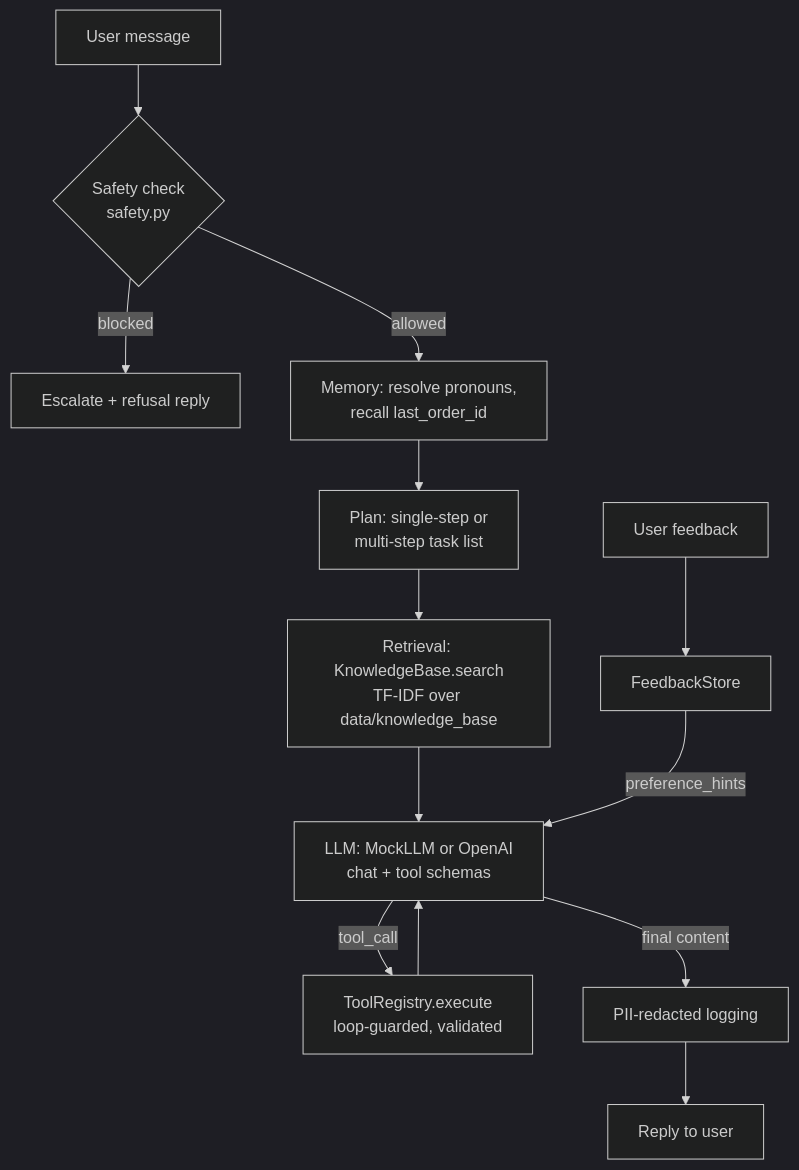
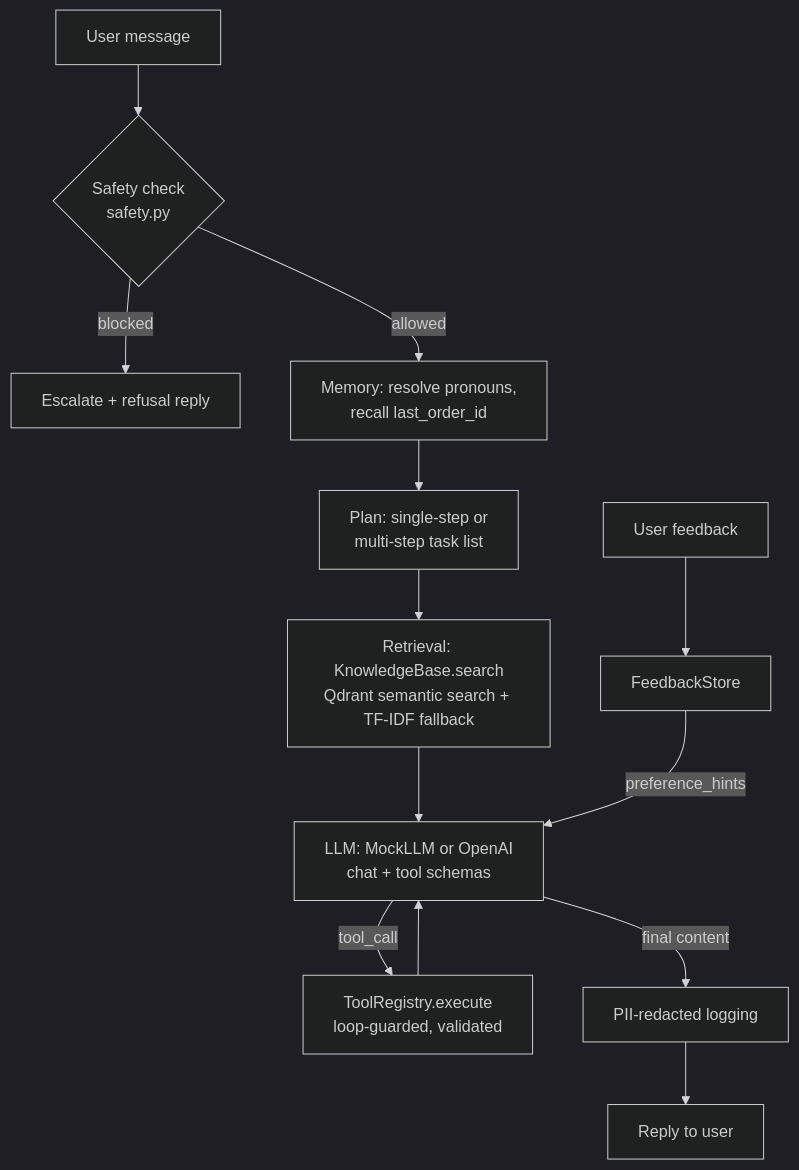
The diagram in capstone_project/docs/04_engineering_justification.md (Ramki2018/CustomerSupportAgent), drawn with Mermaid (dark theme) before and after one commit. The commit also changed other lines of this file and 25 other files, not shown here.

````diff
--- a/capstone_project/docs/04_engineering_justification.md
+++ b/capstone_project/docs/04_engineering_justification.md
@@ -20,15 +20,15 @@
 ```mermaid
 flowchart TD
     U[User message] --> S{Safety check<br/>safety.py}
     S -- blocked --> ESC[Escalate + refusal reply]
     S -- allowed --> M[Memory: resolve pronouns,<br/>recall last_order_id]
     M --> P[Plan: single-step or<br/>multi-step task list]
-    P --> R[Retrieval: KnowledgeBase.search<br/>TF-IDF over data/knowledge_base]
+    P --> R[Retrieval: KnowledgeBase.search<br/>Qdrant semantic search + TF-IDF fallback]
     R --> L[LLM: MockLLM or OpenAI<br/>chat + tool schemas]
     L -- tool_call --> T[ToolRegistry.execute<br/>loop-guarded, validated]
     T --> L
     L -- final content --> LOG[PII-redacted logging]
     LOG --> OUT[Reply to user]
     F[User feedback] --> FS[FeedbackStore]
     FS -- preference_hints --> L
 ```
````
